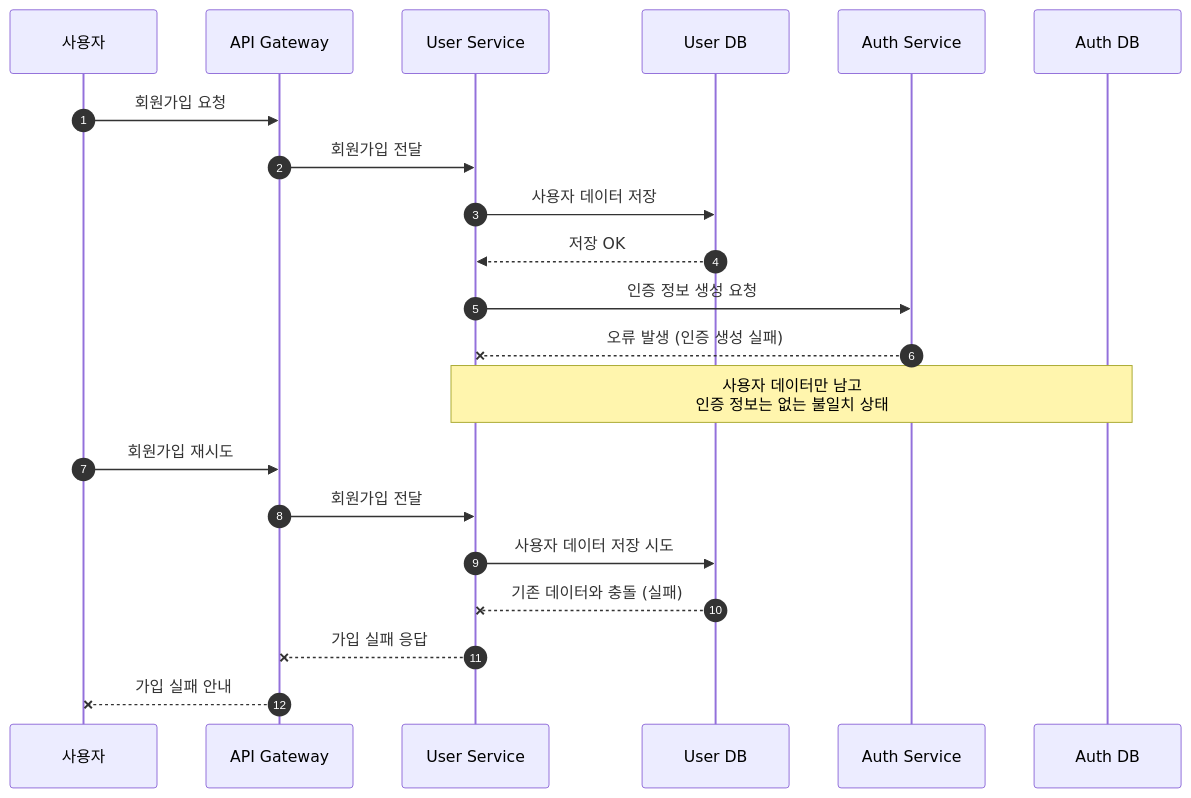
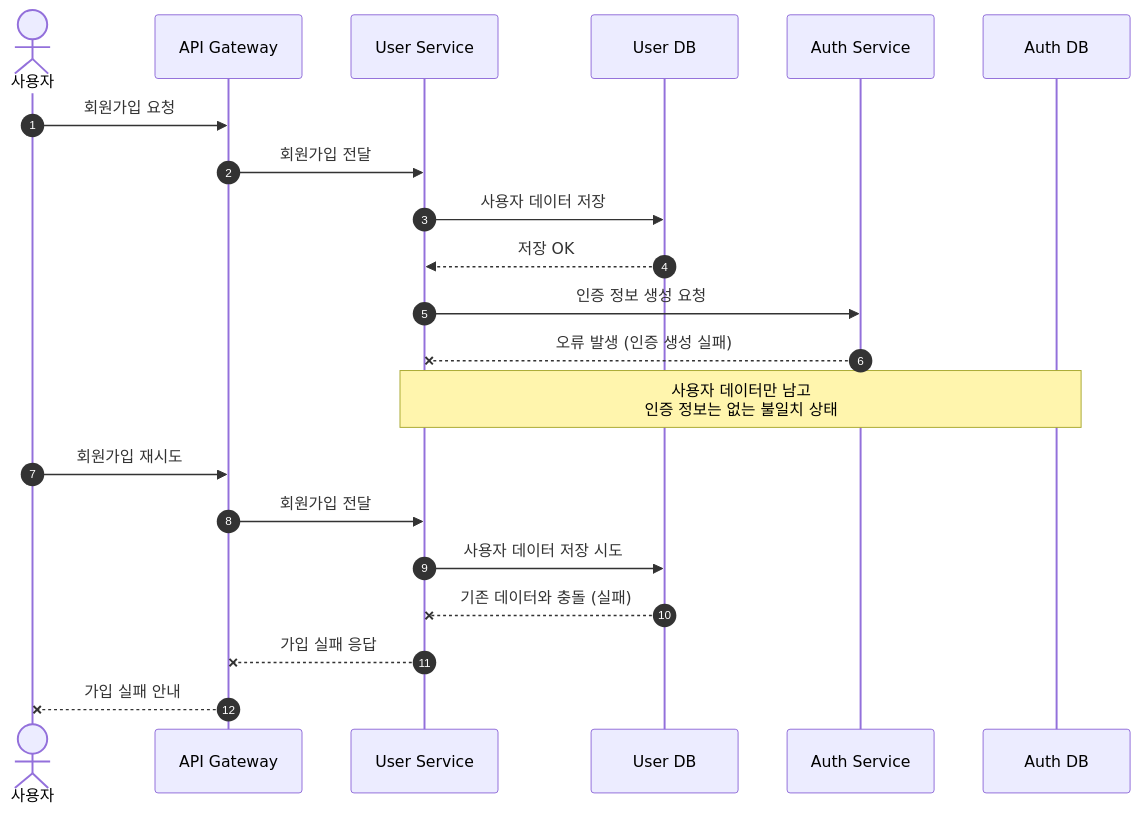
Before and after one commit to leaf-nam/portfolio: the diagram in assets/docs/signup-failure-sequence.mmd, drawn with Mermaid. The commit also changed 3 other files, not shown here.

```diff
--- a/assets/docs/signup-failure-sequence.mmd
+++ b/assets/docs/signup-failure-sequence.mmd
@@ -1,25 +1,25 @@
 sequenceDiagram
     %% 회원가입 실패 시퀀스 (초안)
     %% 미리보기: https://mermaid.live 에 붙여넣기 / VS Code "Markdown Preview Mermaid Support" 확장
     autonumber
-    participant U as 사용자
+    actor U as 사용자
     participant GW as API Gateway
     participant US as User Service
     participant UDB as User DB
     participant AU as Auth Service
     participant AUDB as Auth DB
 
     U->>GW: 회원가입 요청
     GW->>US: 회원가입 전달
     US->>UDB: 사용자 데이터 저장
     UDB-->>US: 저장 OK
     US->>AU: 인증 정보 생성 요청
     AU--xUS: 오류 발생 (인증 생성 실패)
     Note over US,AUDB: 사용자 데이터만 남고<br/>인증 정보는 없는 불일치 상태
 
     U->>GW: 회원가입 재시도
     GW->>US: 회원가입 전달
     US->>UDB: 사용자 데이터 저장 시도
     UDB--xUS: 기존 데이터와 충돌 (실패)
     US--xGW: 가입 실패 응답
     GW--xU: 가입 실패 안내
```
